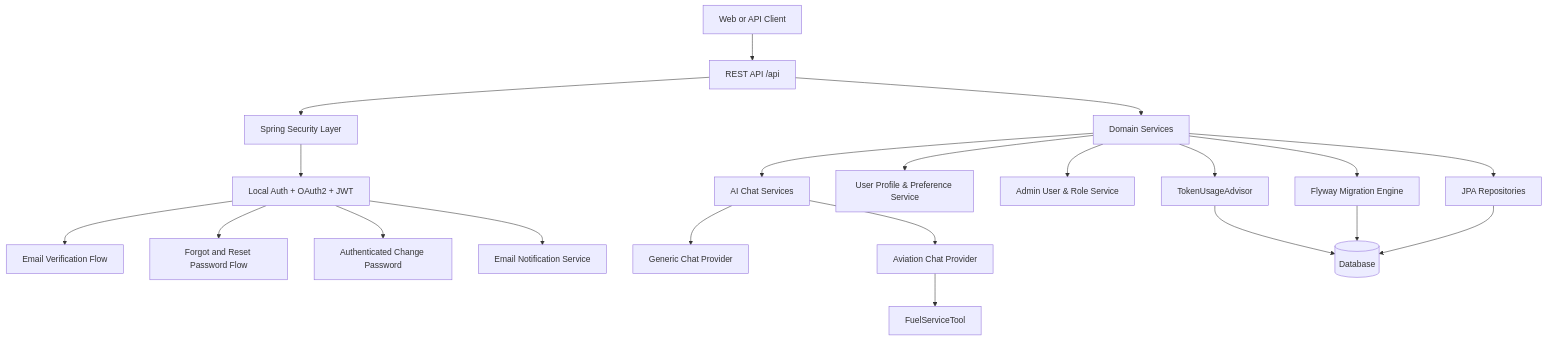
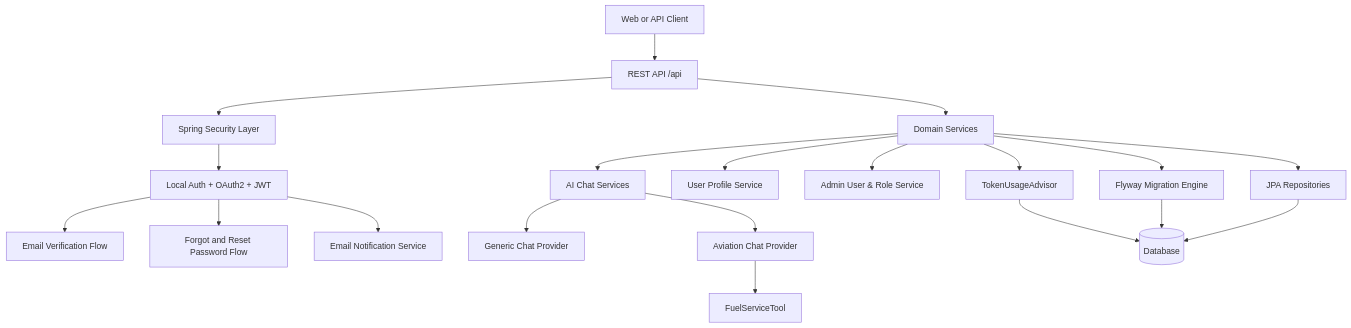
The diagram in README.md (arsan13/ai-services-core), drawn with Mermaid before and after one commit. The commit also changed 1 other file, not shown here.

Commit message:
Change email provider config

````diff
--- a/README.md
+++ b/README.md
@@ -74,29 +74,28 @@
 ```mermaid
 flowchart TD
   Client[Web or API Client] --> API[REST API /api]
 
   API --> Security[Spring Security Layer]
   Security --> Auth[Local Auth + OAuth2 + JWT]
   Auth --> Verify[Email Verification Flow]
   Auth --> Reset[Forgot and Reset Password Flow]
-  Auth --> Change[Authenticated Change Password]
   Auth --> Mail[Email Notification Service]
 
   API --> Services[Domain Services]
   Services --> Chat[AI Chat Services]
   Chat --> Generic[Generic Chat Provider]
   Chat --> Aviation[Aviation Chat Provider]
   Aviation --> Tools[FuelServiceTool]
 
-  Services --> UserMgmt[User Profile & Preference Service]
+  Services --> UserMgmt[User Profile Service]
   Services --> AdminMgmt[Admin User & Role Service]
   
   Services --> Audit[TokenUsageAdvisor]
   Audit --> DB[(Database)]
 
   Services --> Flyway[Flyway Migration Engine]
   Flyway --> DB
 
   Services --> Repos[JPA Repositories]
   Repos --> DB
 ```
````
